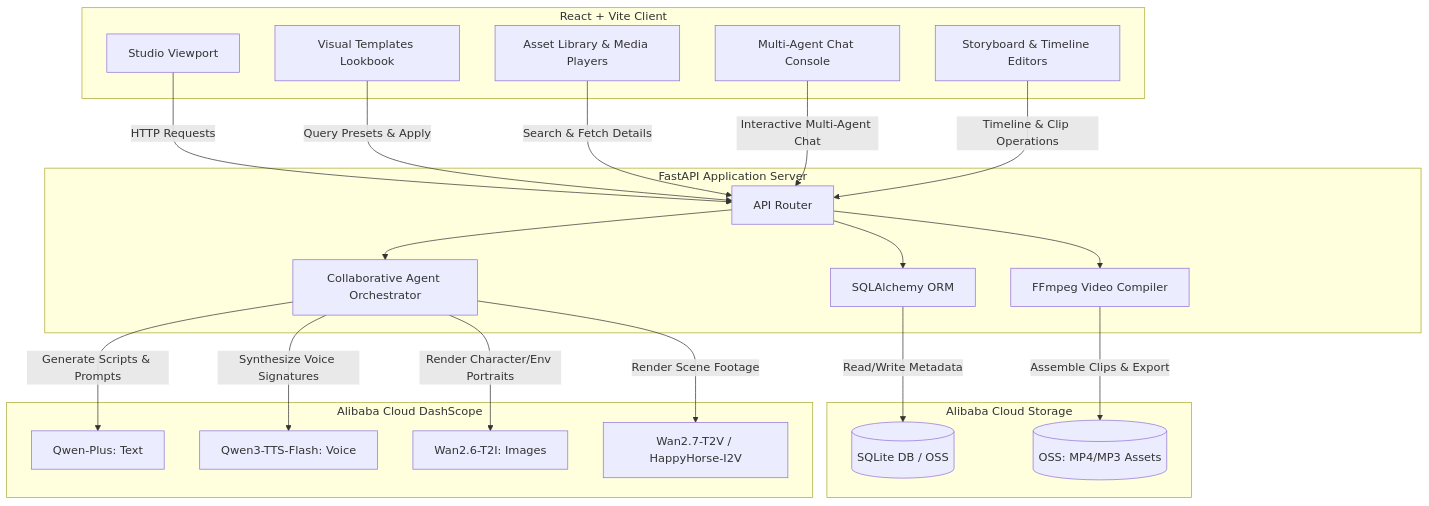
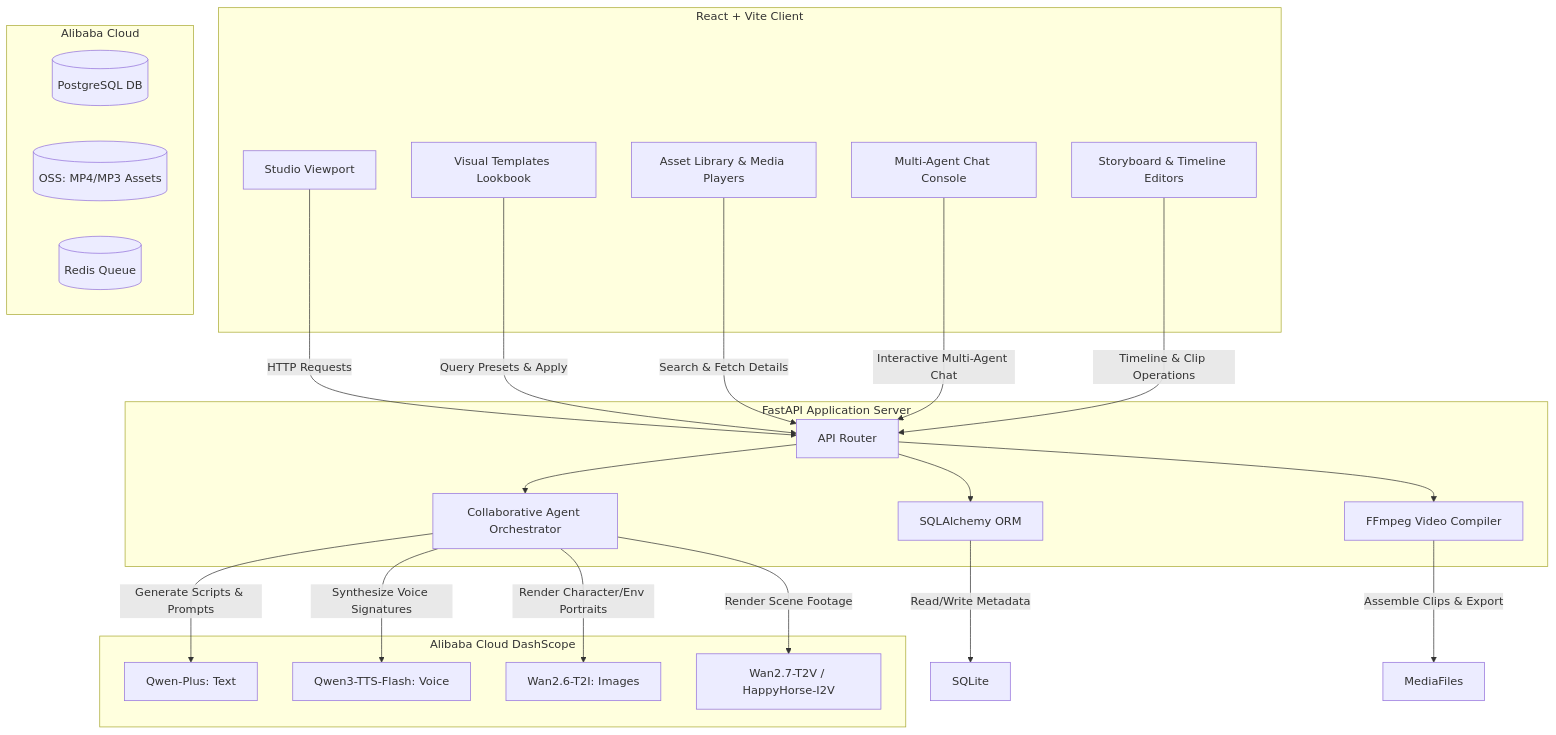
The diagram in README.md (Supan-Roy/director-desk), drawn with Mermaid before and after one commit. The commit also changed other lines of this file, not shown here.

````diff
--- a/README.md
+++ b/README.md
@@ -15,51 +15,52 @@
 ```mermaid
 graph TD
     %% Frontend Layer
     subgraph Frontend [React + Vite Client]
         UI[Studio Viewport]
         Templates[Visual Templates Lookbook]
         Assets[Asset Library & Media Players]
         AgentsPlay[Multi-Agent Chat Console]
         ProjectEdit[Storyboard & Timeline Editors]
     end
 
     %% Backend Layer
     subgraph Backend [FastAPI Application Server]
         API[API Router]
         DbHandler[SQLAlchemy ORM]
         AgentEngine[Collaborative Agent Orchestrator]
         VideoEngine[FFmpeg Video Compiler]
     end
 
     %% Database & Storage
-    subgraph Storage [Alibaba Cloud Storage]
-        SQLite[(SQLite DB / OSS)]
-        MediaFiles[(OSS: MP4/MP3 Assets)]
+    subgraph Storage [Alibaba Cloud]
+        PostgreSQL[(PostgreSQL DB)]
+        OSS[(OSS: MP4/MP3 Assets)]
+        Redis[(Redis Queue)]
     end
 
     subgraph AI [Alibaba Cloud DashScope]
         LLM[Qwen-Plus: Text]
         TTS[Qwen3-TTS-Flash: Voice]
         Image[Wan2.6-T2I: Images]
         VideoGen[Wan2.7-T2V / HappyHorse-I2V]
     end
 
     %% Connection Flows
     UI -->|HTTP Requests| API
     Templates -->|Query Presets & Apply| API
     Assets -->|Search & Fetch Details| API
     AgentsPlay -->|Interactive Multi-Agent Chat| API
     ProjectEdit -->|Timeline & Clip Operations| API
 
     API --> DbHandler
     API --> AgentEngine
     API --> VideoEngine
 
     DbHandler -->|Read/Write Metadata| SQLite
     VideoEngine -->|Assemble Clips & Export| MediaFiles
 
     AgentEngine -->|Generate Scripts & Prompts| LLM
     AgentEngine -->|Synthesize Voice Signatures| TTS
     AgentEngine -->|Render Character/Env Portraits| Image
     AgentEngine -->|Render Scene Footage| VideoGen
 ```
````
